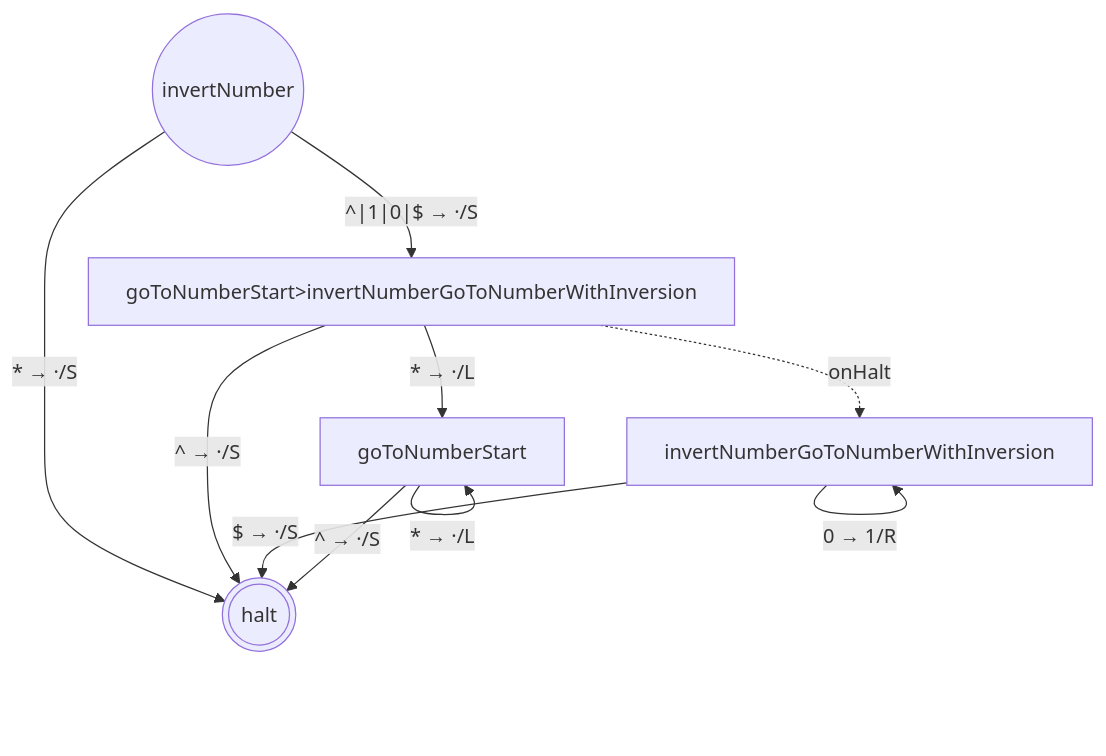
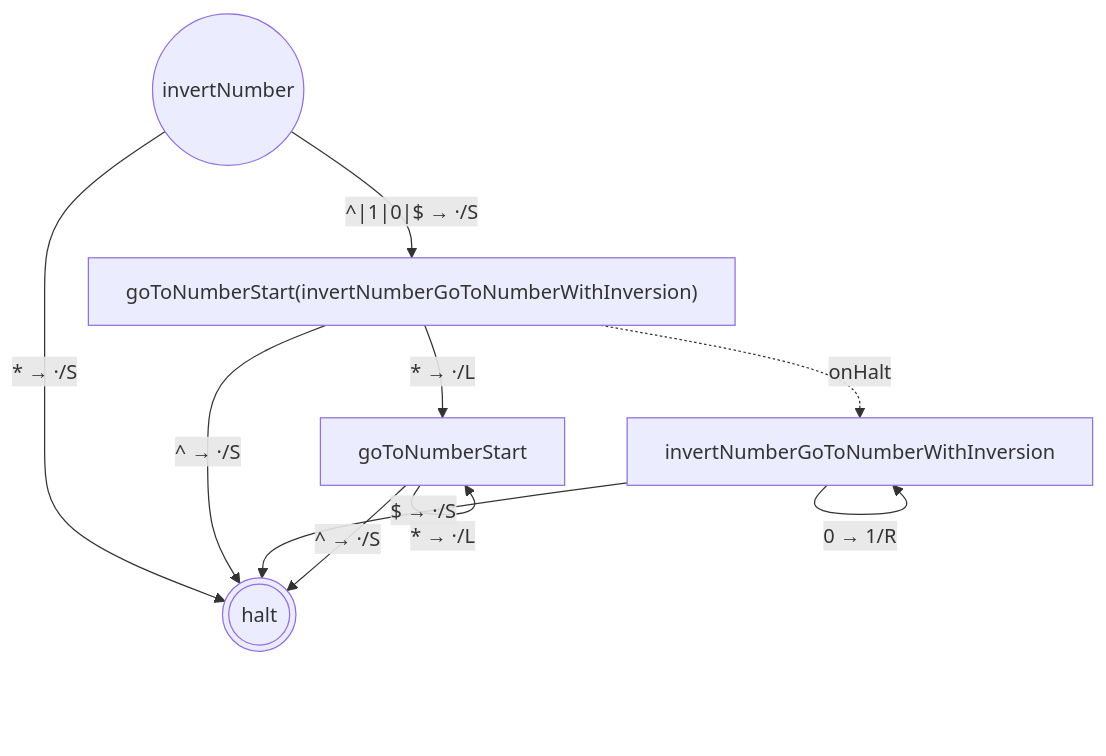
One commit to mellonis/turing-machine-js changed the sixth of 10 diagrams in packages/library-binary-numbers/states.md. Above: the diagram before and after it, drawn with Mermaid. The commit also changed other lines of this file and 6 other files, not shown here.

````diff
--- a/packages/library-binary-numbers/states.md
+++ b/packages/library-binary-numbers/states.md
@@ -86,20 +86,20 @@
 ```mermaid
 flowchart TD
 %% alphabets: [[" ","^","$","0","1"]]
   s0(((halt)))
   s5["goToNumberStart"]
   s9["invertNumberGoToNumberWithInversion"]
-  s10["goToNumberStart>invertNumberGoToNumberWithInversion"]
+  s10["goToNumberStart(invertNumberGoToNumberWithInversion)"]
   s11(("invertNumber"))
   s5 -- "^ → ·/S" --> s0
   s5 -- "* → ·/L" --> s5
   s9 -- "^ → ·/R" --> s9
   s9 -- "1 → 0/R" --> s9
   s9 -- "0 → 1/R" --> s9
   s9 -- "$ → ·/S" --> s0
   s10 -- "^ → ·/S" --> s0
   s10 -- "* → ·/L" --> s5
   s10 -. onHalt .-> s9
   s11 -- "^|1|0|$ → ·/S" --> s10
   s11 -- "* → ·/S" --> s0
 ```
````
